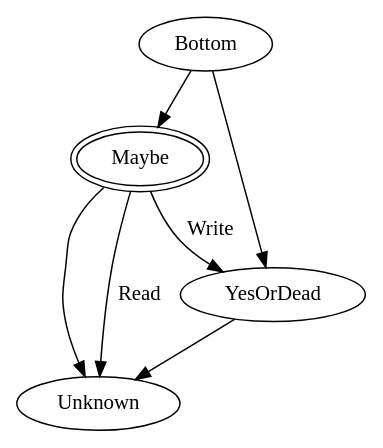
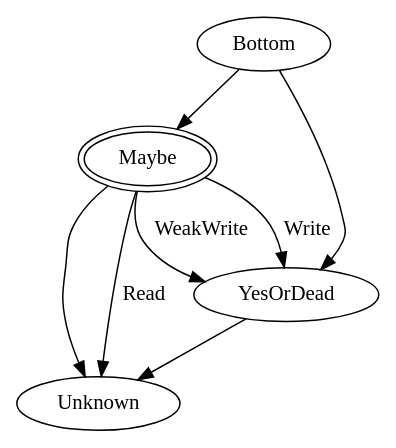
One commit to revng/revng changed the diagram in lib/ABIAnalyses/UsedReturnValuesOfFunction.dot. Above: the diagram before and after it, drawn with Graphviz. The commit also changed 10 other files, not shown here.

Commit message:
[NewMFPABI] Fix WeakWrite default behaviour

```diff
--- a/lib/ABIAnalyses/UsedReturnValuesOfFunction.dot
+++ b/lib/ABIAnalyses/UsedReturnValuesOfFunction.dot
@@ -1,20 +1,21 @@
 #
 # This file is distributed under the MIT License. See LICENSE.md for details.
 #
 
 digraph UsedReturnValuesOfFunction {
   Bottom;
   Maybe [peripheries=2];
   YesOrDead;
   Unknown;
 
   # Lattice
   Bottom->YesOrDead;
   Bottom->Maybe;
   YesOrDead->Unknown;
   Maybe->Unknown;
 
   # Transfer functions
   Maybe->YesOrDead [label="Write"];
+  Maybe->YesOrDead [label="WeakWrite"];
   Maybe->Unknown [label="Read"];
 }
```
